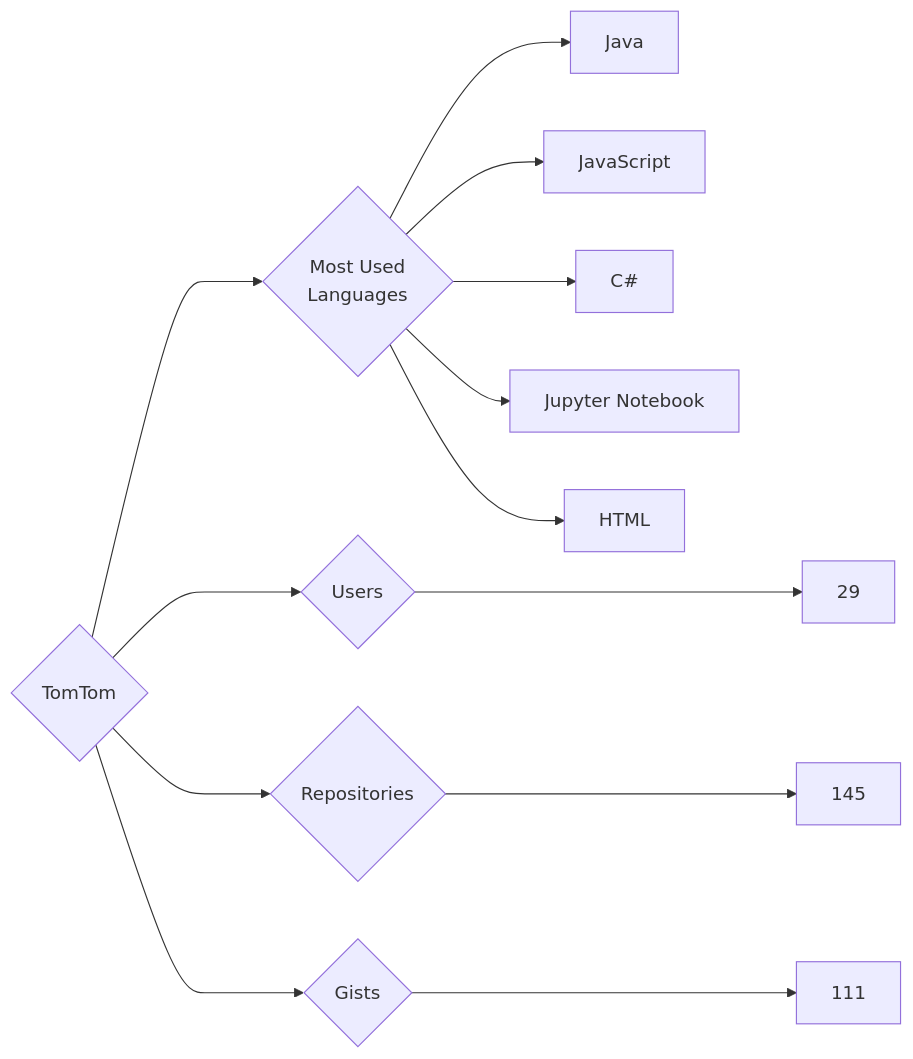
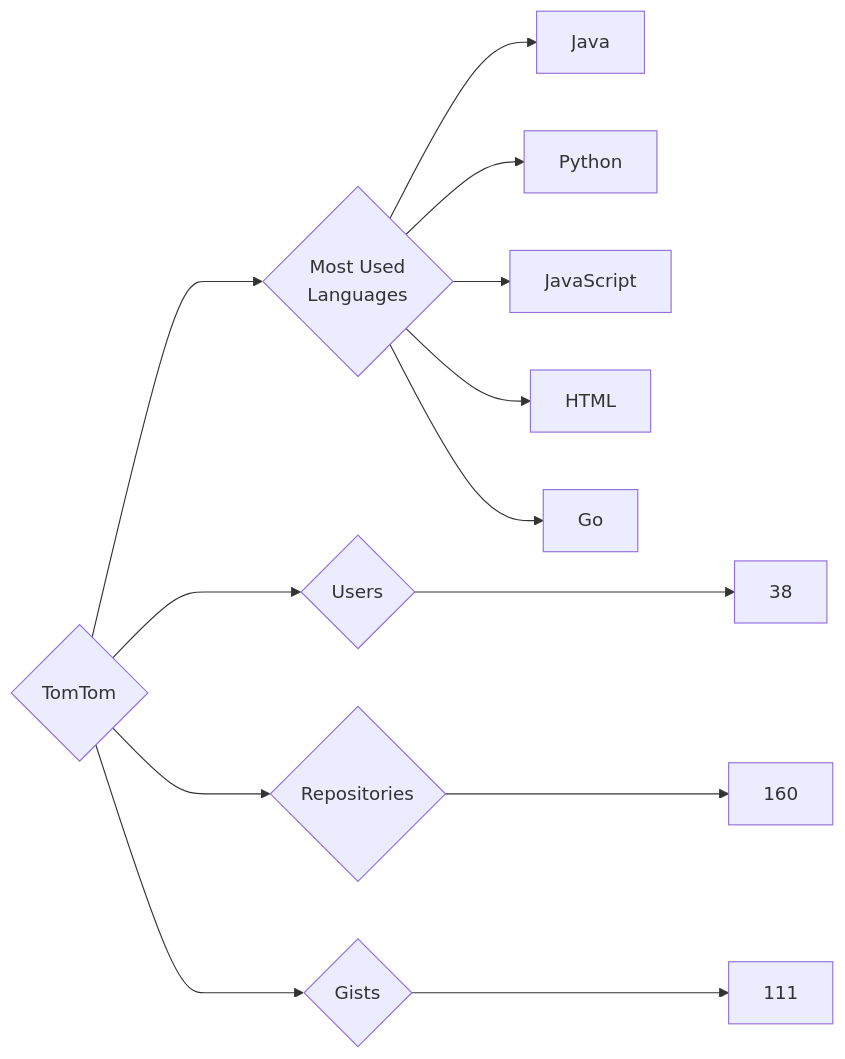
The diagram in targets/TomTom/README.md (trickest/insiders), drawn with Mermaid before and after one commit. The commit also changed 725 other files, not shown here.

````diff
--- a/targets/TomTom/README.md
+++ b/targets/TomTom/README.md
@@ -3,13 +3,13 @@
 ```mermaid
 graph LR
 COMPANY_NAME{TomTom}
-COMPANY_NAME ---> U{Users} ---> UN[29]
-COMPANY_NAME ---> R{Repositories} ---> RN[145]
+COMPANY_NAME ---> U{Users} ---> UN[38]
+COMPANY_NAME ---> R{Repositories} ---> RN[160]
 COMPANY_NAME ---> G{Gists} ---> GN[111]
 COMPANY_NAME ---> ML{Most Used<br>Languages}
 ML --> Java[Java]
+ML --> Python[Python]
 ML --> JavaScript[JavaScript]
-ML --> C#[C#]
-ML --> Jupyter_Notebook[Jupyter Notebook]
 ML --> HTML[HTML]
+ML --> Go[Go]
 ```
````
